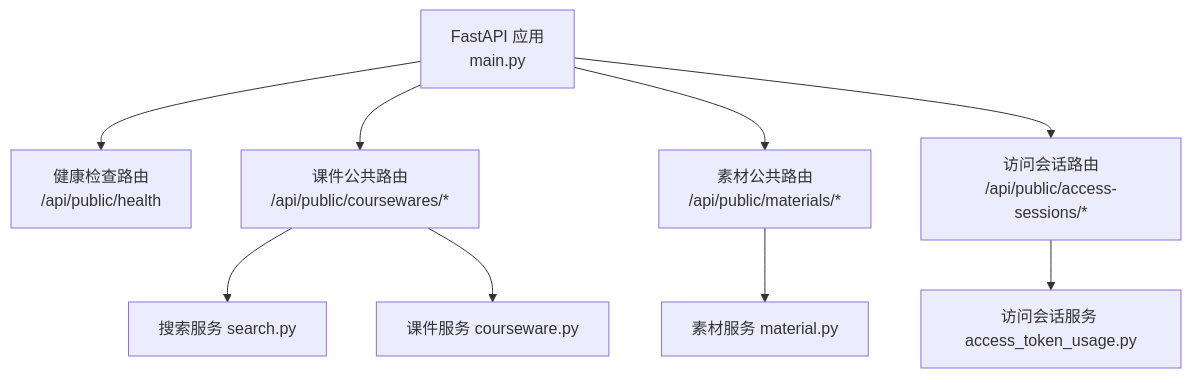
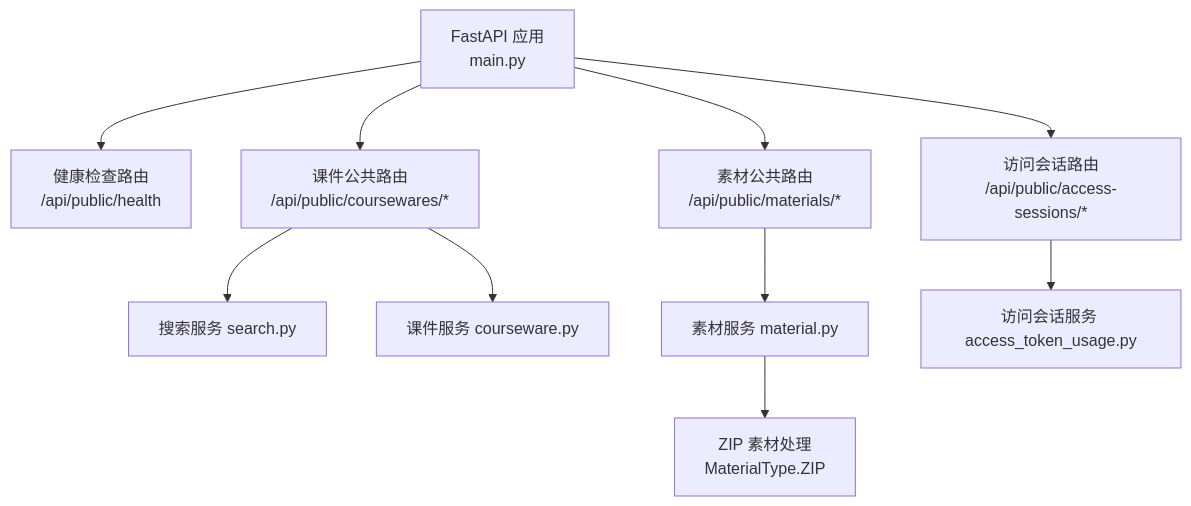
The first of 3 diagrams in .qoder/repowiki/zh/content/API接口文档/公开接口/公开接口.md (leo21cn/ai-learning-hub), drawn with Mermaid before and after one commit. The commit also changed other lines of this file and 41 other files, not shown here.

````diff
--- a/.qoder/repowiki/zh/content/API接口文档/公开接口/公开接口.md
+++ b/.qoder/repowiki/zh/content/API接口文档/公开接口/公开接口.md
@@ -44,11 +54,12 @@
 ```mermaid
 graph TB
 A["FastAPI 应用<br/>main.py"] --> B["健康检查路由<br/>/api/public/health"]
 A --> C["课件公共路由<br/>/api/public/coursewares/*"]
 A --> D["素材公共路由<br/>/api/public/materials/*"]
 A --> E["访问会话路由<br/>/api/public/access-sessions/*"]
 C --> F["搜索服务 search.py"]
 C --> G["课件服务 courseware.py"]
 D --> H["素材服务 material.py"]
 E --> I["访问会话服务 access_token_usage.py"]
+H --> J["ZIP 素材处理<br/>MaterialType.ZIP"]
 ```
````
